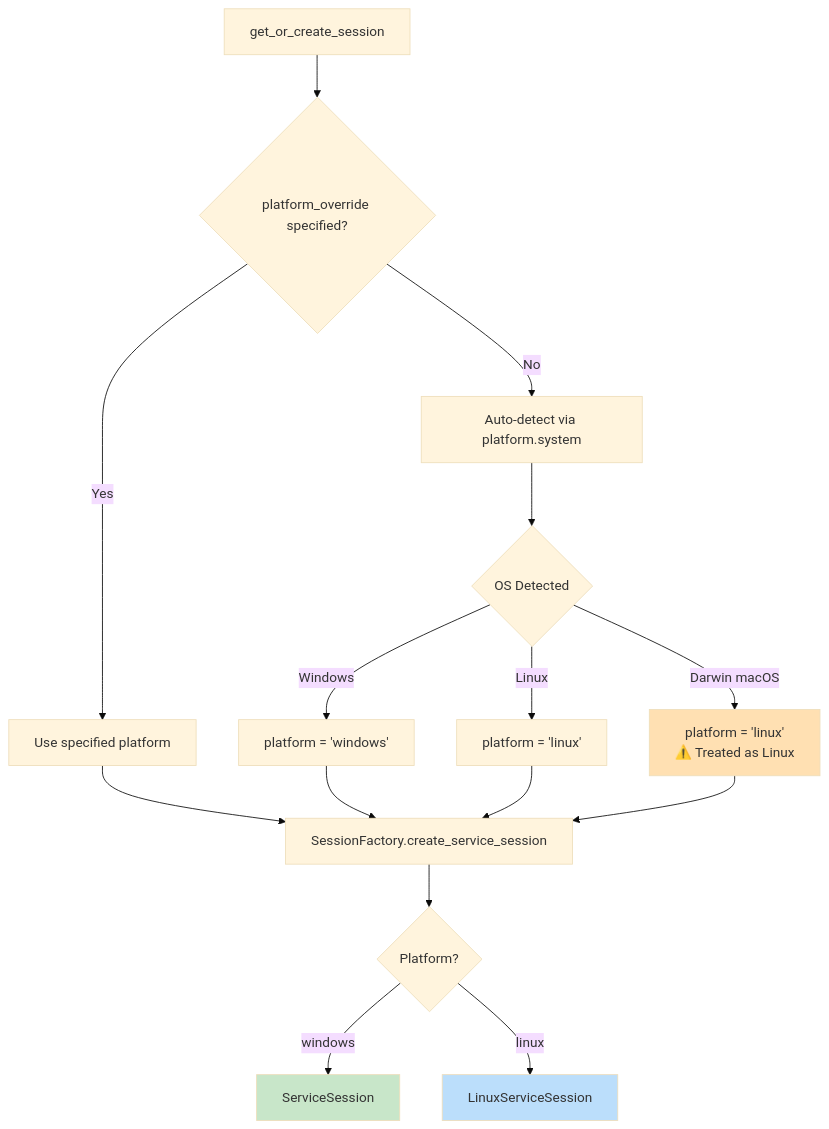
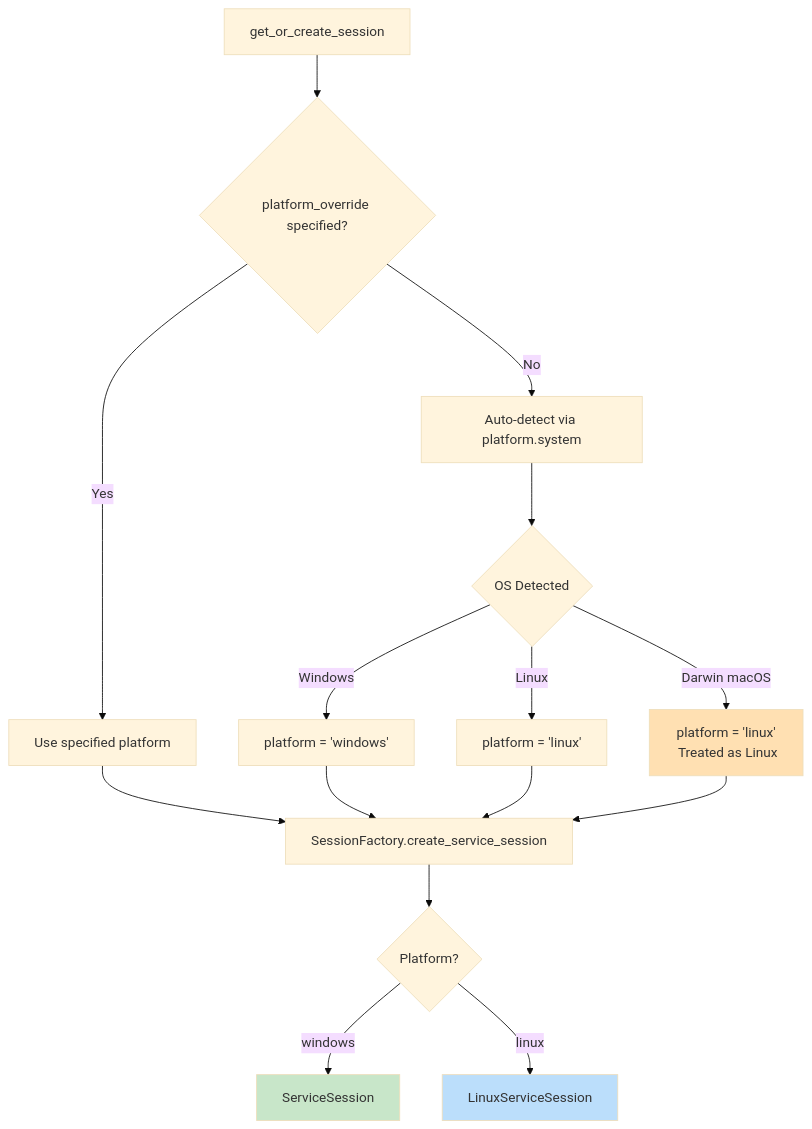
Before and after one commit to DEVELOPER-DEEVEN/alien-project: the sixth of 7 diagrams in documents/docs/server/session_manager.md, drawn with Mermaid (base theme). The commit also changed other lines of this file and 290 other files, not shown here.

````diff
--- a/documents/docs/server/session_manager.md
+++ b/documents/docs/server/session_manager.md
@@ -687,23 +687,23 @@
 ```mermaid
 graph TD
     A[get_or_create_session] --> B{platform_override specified?}
     B -->|Yes| C[Use specified platform]
     B -->|No| D[Auto-detect via platform.system]
     D --> E{OS Detected}
     E -->|"Windows"| F[platform = 'windows']
     E -->|"Linux"| G[platform = 'linux']
-    E -->|"Darwin" macOS| H[platform = 'linux'<br/>⚠️ Treated as Linux]
+    E -->|"Darwin" macOS| H[platform = 'linux'<br/>️ Treated as Linux]
     
     C --> I[SessionFactory.create_service_session]
     F --> I
     G --> I
     H --> I
     
     I --> J{Platform?}
     J -->|windows| K[ServiceSession]
     J -->|linux| L[LinuxServiceSession]
     
     style H fill:#ffe0b2
     style K fill:#c8e6c9
     style L fill:#bbdefb
 ```
````
